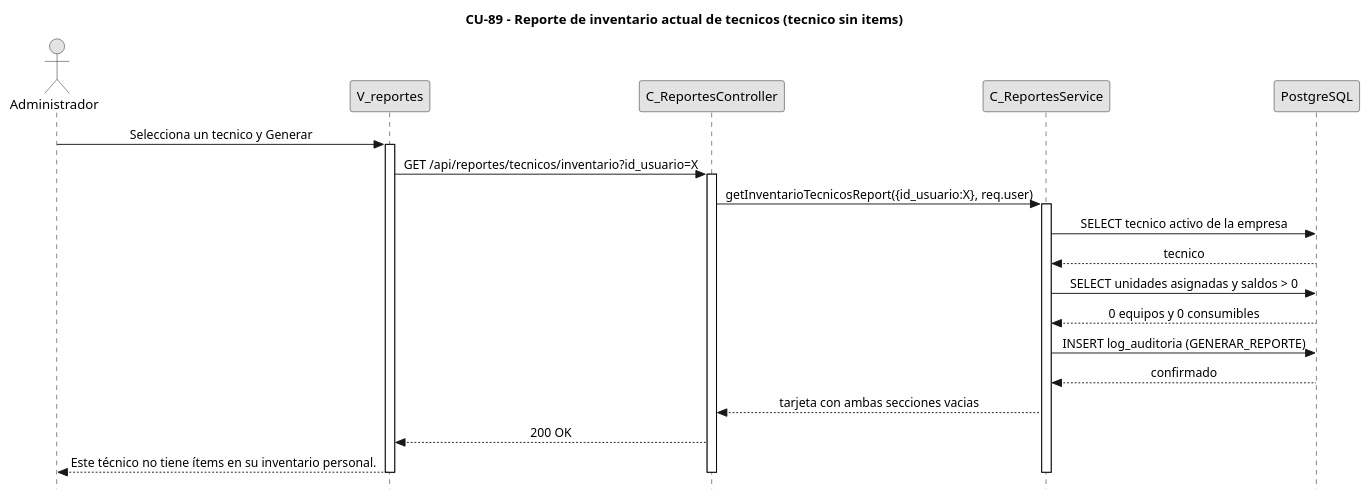
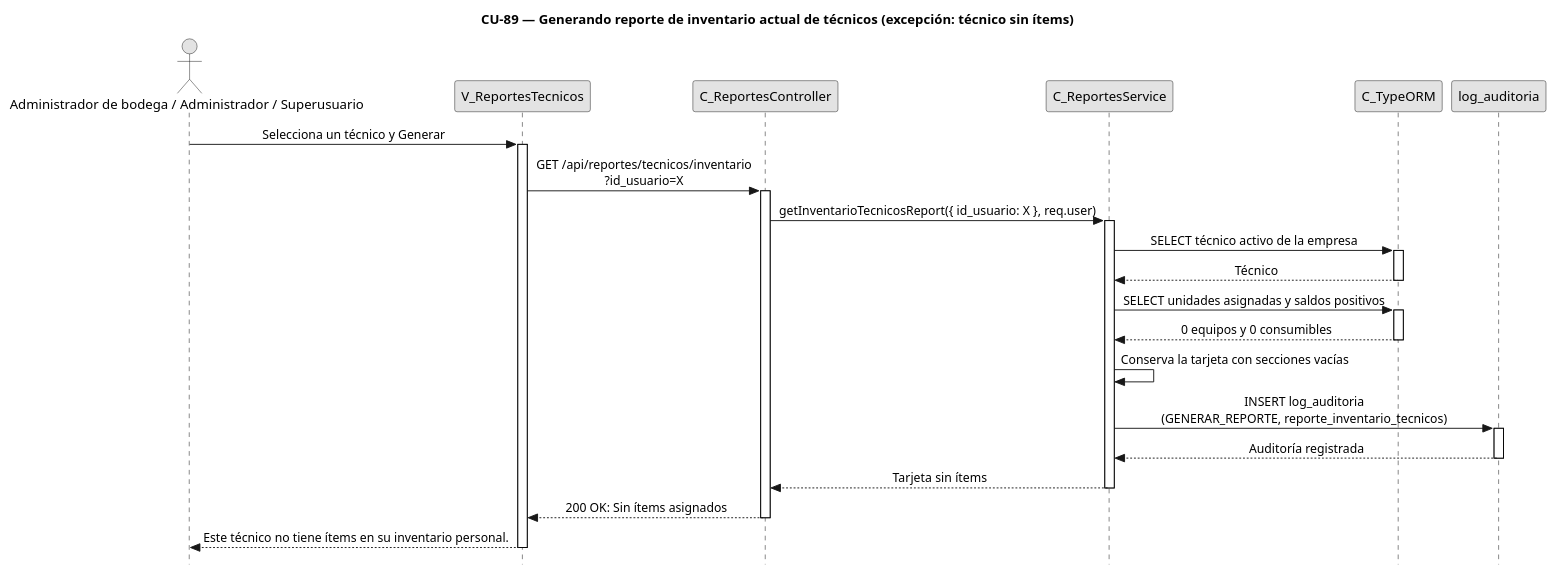
The diagram in diagramas/diagramas-secuencia/CU89/CU89-exc-tecnico-sin-items.puml (FSM-Finet-y-Cable-Magico/Team_1-Inventario-y-Bodega), drawn with PlantUML before and after one commit. The commit also changed 35 other files, not shown here.

Commit message:
Arreglo de diagramas

```diff
--- a/diagramas/diagramas-secuencia/CU89/CU89-exc-tecnico-sin-items.puml
+++ b/diagramas/diagramas-secuencia/CU89/CU89-exc-tecnico-sin-items.puml
@@ -1,43 +1,52 @@
-@startuml CU89-Inventario-Tecnicos-Excepcion
- title CU-89 - Reporte de inventario actual de tecnicos (tecnico sin items)
+@startuml CU89-exc-tecnico-sin-items
+title CU-89 — Generando reporte de inventario actual de técnicos (excepción: técnico sin ítems)
+
 skinparam style strictuml
 skinparam monochrome true
 skinparam shadowing false
-skinparam sequenceMessageAlign center
 <style>
 sequenceDiagram {
-	participant { Margin 35 }
-	actor { Margin 15 }
+  participant { Margin 25 }
+  actor { Margin 20 }
 }
 </style>
 skinparam sequence {
 	MessageAlign center
 	LifeLineBorderColor black
 }
 hide footbox
 
-actor "Administrador" as Usuario
-participant "V_reportes" as V
-participant "C_ReportesController" as C
-participant "C_ReportesService" as SVC
-participant "PostgreSQL" as DB
+actor "Administrador de bodega / Administrador / Superusuario" as user
+participant "V_ReportesTecnicos" as view
+participant "C_ReportesController" as ctrl
+participant "C_ReportesService" as svc
+participant "C_TypeORM" as orm
+participant "log_auditoria" as aent
 
-Usuario -> V : Selecciona un tecnico y Generar
-activate V
-V -> C : GET /api/reportes/tecnicos/inventario?id_usuario=X
-activate C
-C -> SVC : getInventarioTecnicosReport({id_usuario:X}, req.user)
-activate SVC
-SVC -> DB : SELECT tecnico activo de la empresa
-DB --> SVC : tecnico
-SVC -> DB : SELECT unidades asignadas y saldos > 0
-DB --> SVC : 0 equipos y 0 consumibles
-SVC -> DB : INSERT log_auditoria (GENERAR_REPORTE)
-DB --> SVC : confirmado
-SVC --> C : tarjeta con ambas secciones vacias
-C --> V : 200 OK
-V --> Usuario : Este técnico no tiene ítems en su inventario personal.
-deactivate SVC
-deactivate C
-deactivate V
+user -> view : Selecciona un técnico y Generar
+activate view
+view -> ctrl : GET /api/reportes/tecnicos/inventario\n?id_usuario=X
+activate ctrl
+ctrl -> svc : getInventarioTecnicosReport({ id_usuario: X }, req.user)
+activate svc
+svc -> orm : SELECT técnico activo de la empresa
+activate orm
+orm --> svc : Técnico
+deactivate orm
+svc -> orm : SELECT unidades asignadas y saldos positivos
+activate orm
+orm --> svc : 0 equipos y 0 consumibles
+deactivate orm
+svc -> svc : Conserva la tarjeta con secciones vacías
+svc -> aent : INSERT log_auditoria\n(GENERAR_REPORTE, reporte_inventario_tecnicos)
+activate aent
+aent --> svc : Auditoría registrada
+deactivate aent
+svc --> ctrl : Tarjeta sin ítems
+deactivate svc
+ctrl --> view : 200 OK: Sin ítems asignados
+deactivate ctrl
+view --> user : Este técnico no tiene ítems en su inventario personal.
+deactivate view
+
 @enduml
```
